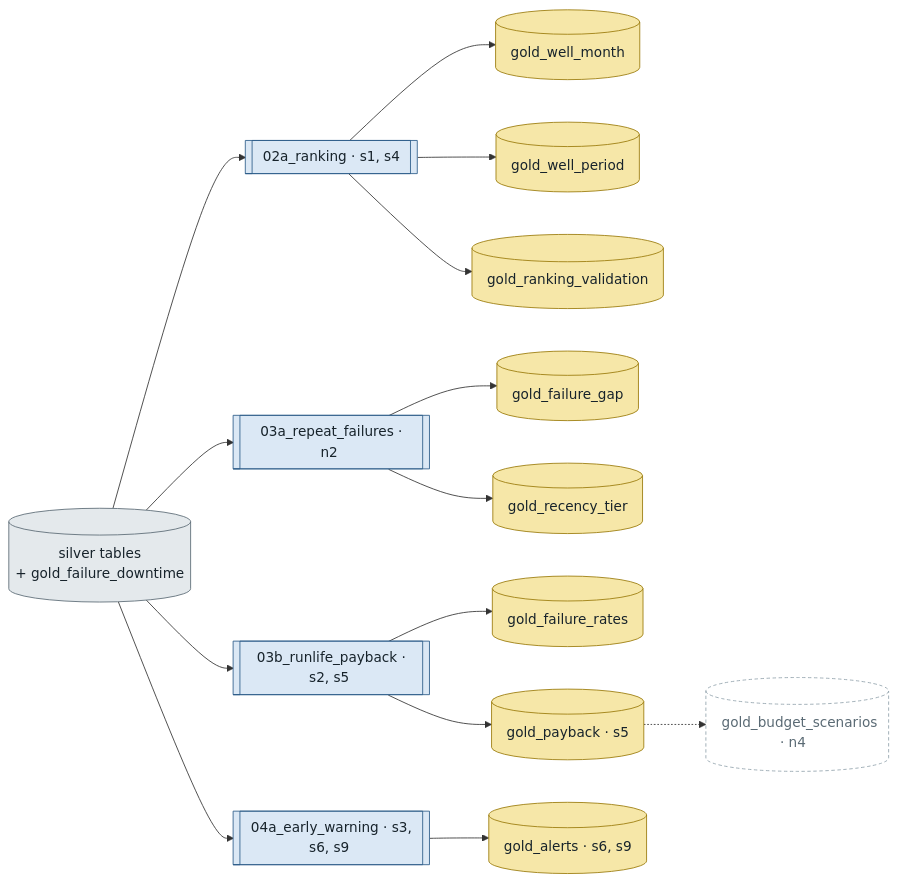
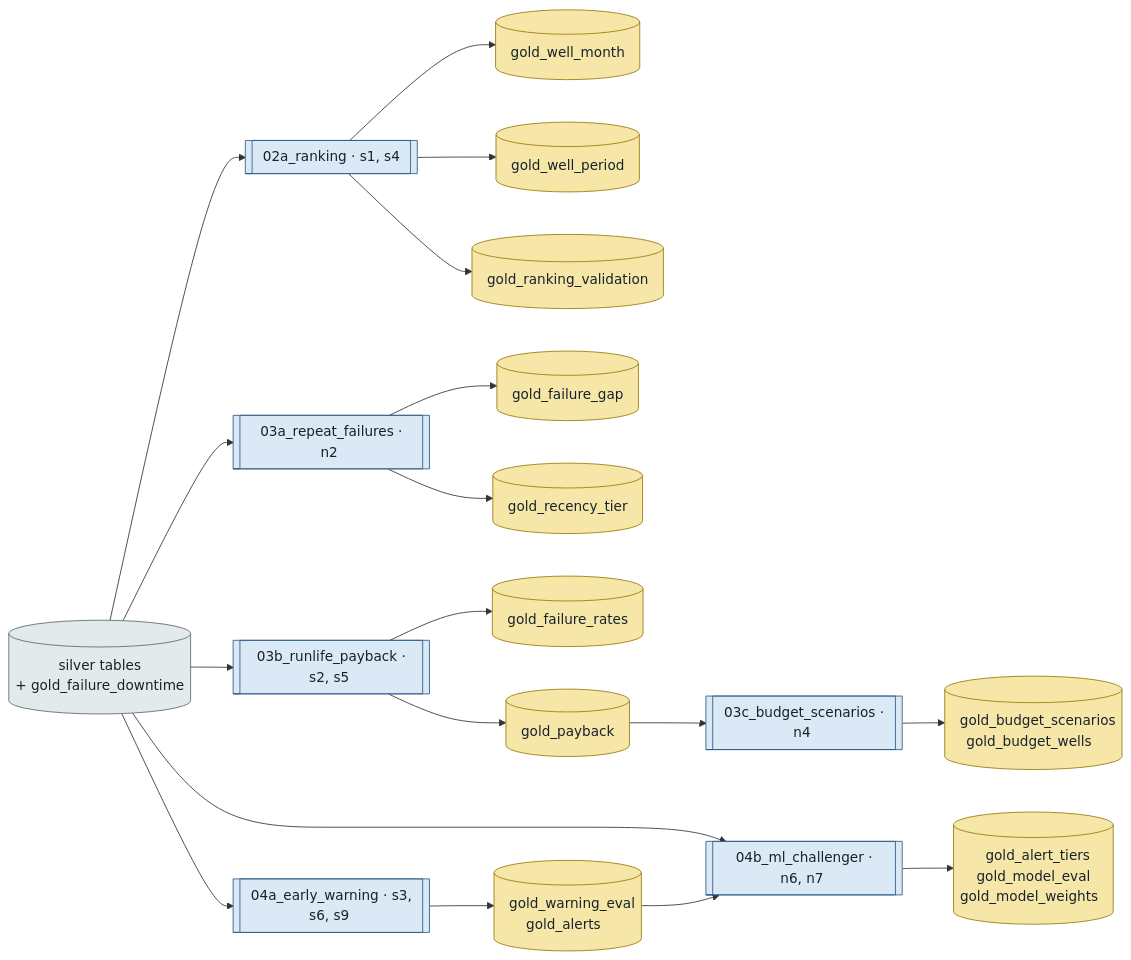
The third of 4 diagrams in docs/notebooks_and_data_flow.md (Angie629/dsmlc2026), drawn with Mermaid before and after one commit. The commit also changed other lines of this file and 4 other files, not shown here.

````diff
--- a/docs/notebooks_and_data_flow.md
+++ b/docs/notebooks_and_data_flow.md
@@ -129,30 +129,34 @@
 ```mermaid
 flowchart LR
   classDef silver fill:#e4e9ec,stroke:#5a6a74,color:#17232b
   classDef gold fill:#f6e7a8,stroke:#9a7a0a,color:#17232b
   classDef nb fill:#dbe8f5,stroke:#2c5d8a,color:#17232b
-  classDef planned fill:#ffffff,stroke:#93a3ad,color:#5a6a74,stroke-dasharray: 4 3
 
   SIL[("#nbsp;#nbsp;silver tables#nbsp;#nbsp;<br>+ gold_failure_downtime")]:::silver
 
   N2[["#nbsp;02a_ranking · s1, s4#nbsp;"]]:::nb
   N3a[["#nbsp;03a_repeat_failures · n2#nbsp;"]]:::nb
   N3b[["#nbsp;03b_runlife_payback · s2, s5#nbsp;"]]:::nb
-  N4[["#nbsp;04a_early_warning · s3, s6, s9#nbsp;"]]:::nb
+  N3c[["#nbsp;03c_budget_scenarios · n4#nbsp;"]]:::nb
+  N4a[["#nbsp;04a_early_warning · s3, s6, s9#nbsp;"]]:::nb
+  N4b[["#nbsp;04b_ml_challenger · n6, n7#nbsp;"]]:::nb
 
   GWM[("#nbsp;#nbsp;gold_well_month#nbsp;#nbsp;")]:::gold
   GWP[("#nbsp;#nbsp;gold_well_period#nbsp;#nbsp;")]:::gold
   GRV[("#nbsp;#nbsp;gold_ranking_validation#nbsp;#nbsp;")]:::gold
   GFG[("#nbsp;#nbsp;gold_failure_gap#nbsp;#nbsp;")]:::gold
   GRT[("#nbsp;#nbsp;gold_recency_tier#nbsp;#nbsp;")]:::gold
   GFR[("#nbsp;#nbsp;gold_failure_rates#nbsp;#nbsp;")]:::gold
-  GPB[("#nbsp;#nbsp;gold_payback · s5#nbsp;#nbsp;")]:::gold
-  GBS[("#nbsp;#nbsp;gold_budget_scenarios · n4#nbsp;#nbsp;")]:::planned
-  GAL[("#nbsp;#nbsp;gold_alerts · s6, s9#nbsp;#nbsp;")]:::gold
+  GPB[("#nbsp;#nbsp;gold_payback#nbsp;#nbsp;")]:::gold
+  GBS[("#nbsp;#nbsp;gold_budget_scenarios<br>gold_budget_wells#nbsp;#nbsp;")]:::gold
+  GWE[("#nbsp;#nbsp;gold_warning_eval<br>gold_alerts#nbsp;#nbsp;")]:::gold
+  GML[("#nbsp;#nbsp;gold_alert_tiers<br>gold_model_eval<br>gold_model_weights#nbsp;#nbsp;")]:::gold
 
   SIL --> N2 --> GWM & GWP & GRV
   SIL --> N3a --> GFG & GRT
-  SIL --> N3b --> GFR
-  N3b --> GPB -.-> GBS
-  SIL --> N4 --> GAL
+  SIL --> N3b --> GFR & GPB
+  GPB --> N3c --> GBS
+  SIL --> N4a --> GWE
+  SIL --> N4b --> GML
+  GWE --> N4b
 ```
````
